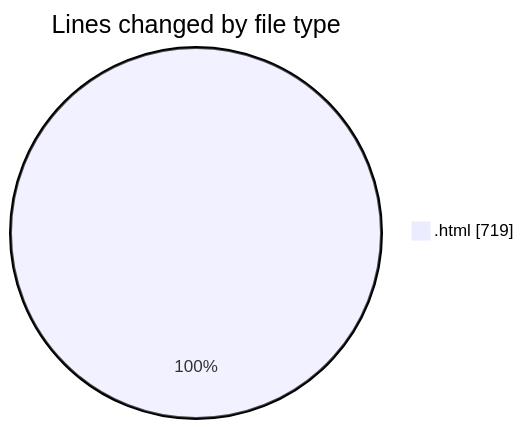
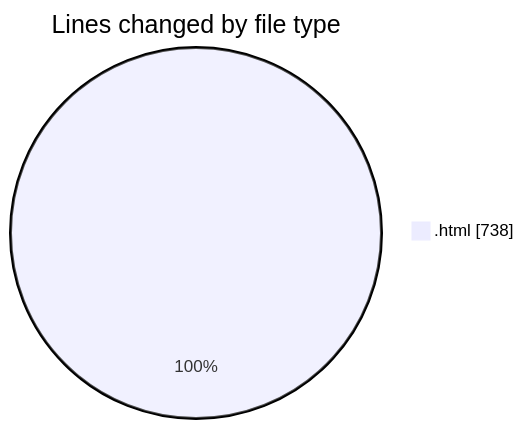
One commit to nxtqubesakshisongat/code-tracking changed the first of 2 diagrams in 2025-08-09/nxtqube_webapp/README.md. Above: the diagram before and after it, drawn with Mermaid. The commit also changed other lines of this file and 1 other file, not shown here.

````diff
--- a/2025-08-09/nxtqube_webapp/README.md
+++ b/2025-08-09/nxtqube_webapp/README.md
@@ -20,5 +20,5 @@
 ```mermaid
 pie showData
 title Lines changed by file type
-".html" : 719
+".html" : 738
 ```
````
